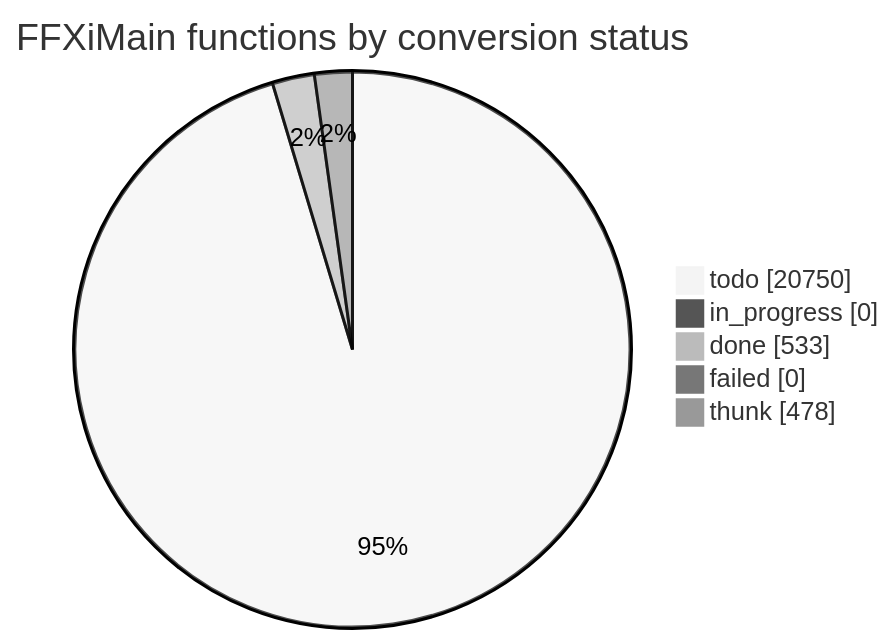
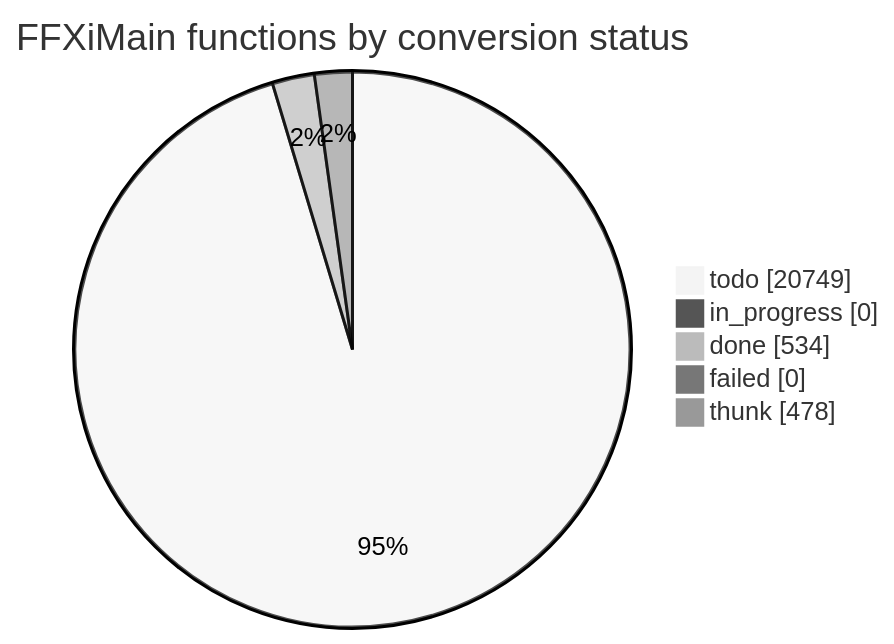
One commit to cowrevenge/cow_kuluu_xi_anything changed the diagram in docs/cow/STATUS.md. Above: the diagram before and after it, drawn with Mermaid (neutral theme). The commit also changed other lines of this file and 9 other files, not shown here.

````diff
--- a/docs/cow/STATUS.md
+++ b/docs/cow/STATUS.md
@@ -18,9 +18,9 @@
 ```mermaid
 pie showData
     title FFXiMain functions by conversion status
-    "todo" : 20750
+    "todo" : 20749
     "in_progress" : 0
-    "done" : 533
+    "done" : 534
     "failed" : 0
     "thunk" : 478
 ```
````
